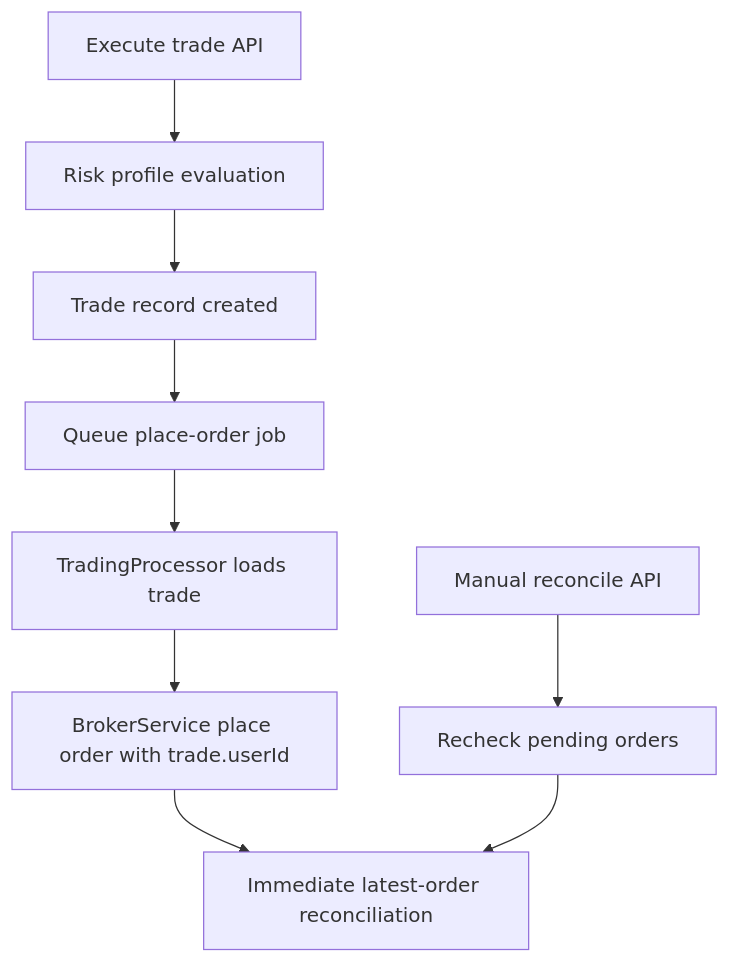
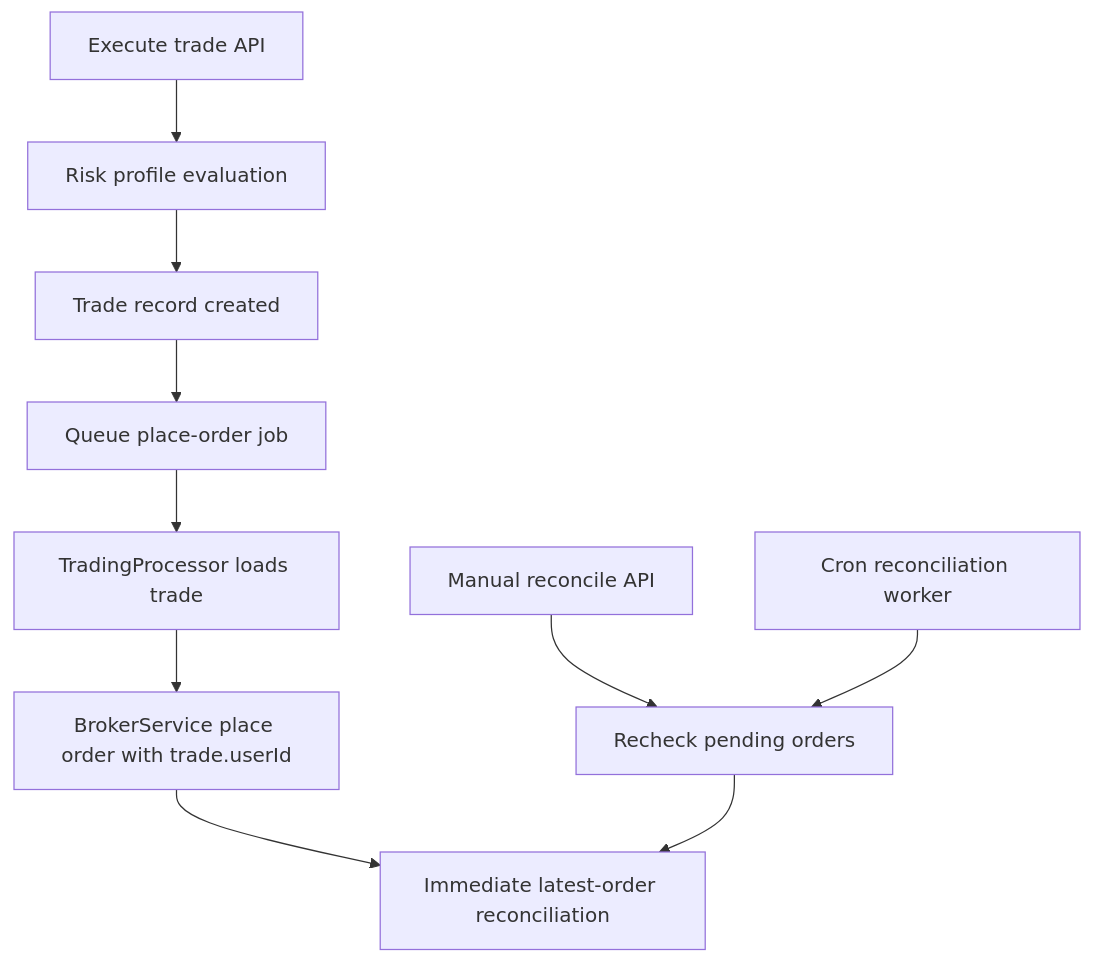
Before and after one commit to AmanVatsSharma/algo-with-nandax: the diagram in apps/api/src/modules/trading/README.md, drawn with Mermaid. The commit also changed other lines of this file and 7 other files, not shown here.

Commit message:
add minute-level auto reconciliation worker for pending trades

````diff
--- a/apps/api/src/modules/trading/README.md
+++ b/apps/api/src/modules/trading/README.md
@@ -26,11 +27,12 @@
 ```mermaid
 flowchart TD
   A[Execute trade API] --> B[Risk profile evaluation]
   B --> C[Trade record created]
   C --> D[Queue place-order job]
   D --> E[TradingProcessor loads trade]
   E --> F[BrokerService place order with trade.userId]
   F --> G[Immediate latest-order reconciliation]
   H[Manual reconcile API] --> I[Recheck pending orders]
+  J[Cron reconciliation worker] --> I
   I --> G
 ```
````
